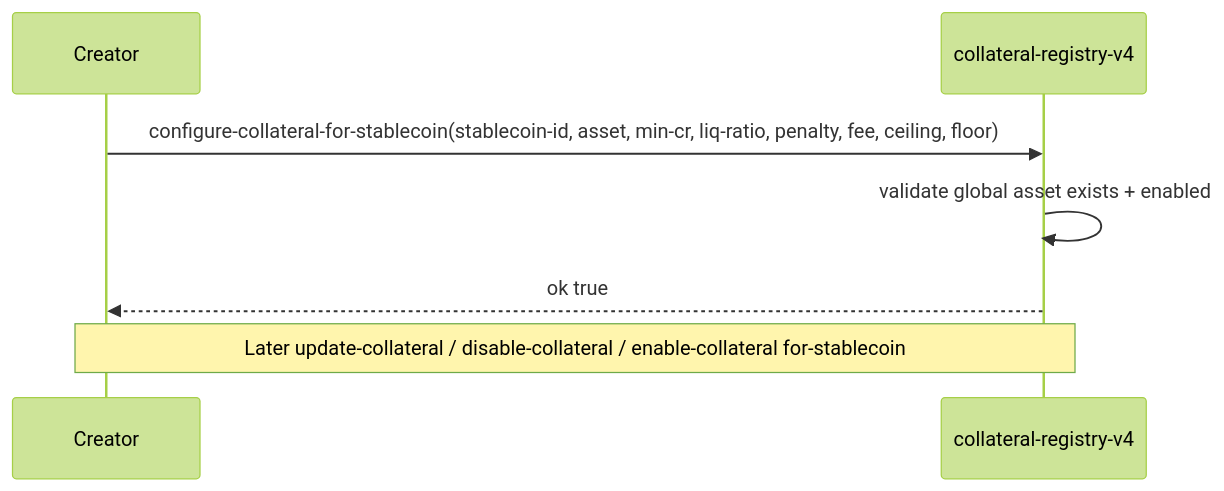
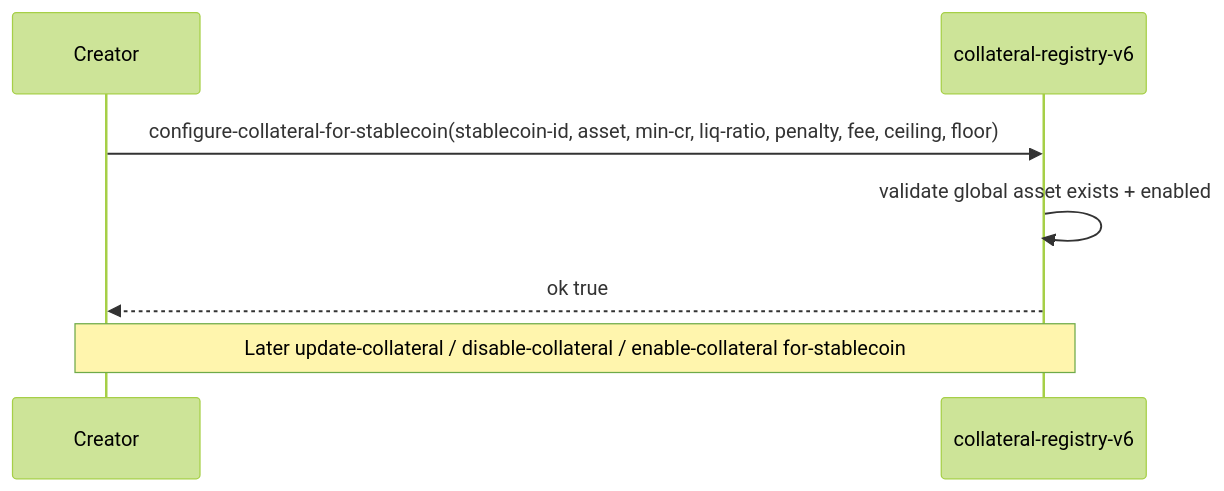
One commit to yehia67/stacks-stablecoin-engine changed the third of 8 diagrams in docs/getting_started.md. Above: the diagram before and after it, drawn with Mermaid (forest theme). The commit also changed other lines of this file and 32 other files, not shown here.

````diff
--- a/docs/getting_started.md
+++ b/docs/getting_started.md
@@ -125,10 +125,10 @@
 ```mermaid
 sequenceDiagram
   participant C as Creator
-  participant CR as collateral-registry-v4
+  participant CR as collateral-registry-v6
 
   C->>CR: configure-collateral-for-stablecoin(stablecoin-id, asset, min-cr, liq-ratio, penalty, fee, ceiling, floor)
   CR->>CR: validate global asset exists + enabled
   CR-->>C: ok true
   Note over C,CR: Later update-collateral / disable-collateral / enable-collateral for-stablecoin
 ```
````
